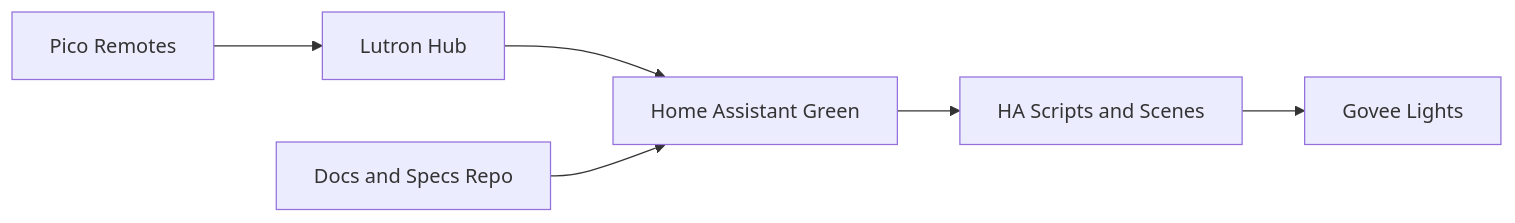
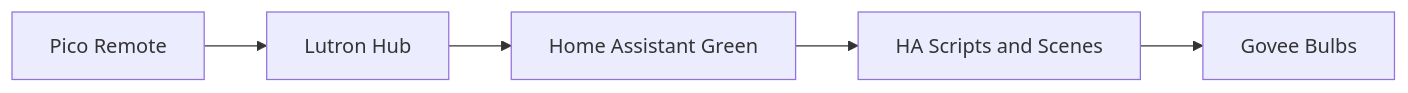
The diagram in docs/architecture.md (JoshAaronLevy/home-automation), drawn with Mermaid before and after one commit. The commit also changed other lines of this file and 15 other files, not shown here.

````diff
--- a/docs/architecture.md
+++ b/docs/architecture.md
@@ -7,15 +9,13 @@
 ```mermaid
 flowchart LR
-    Pico[Pico Remotes]
+    Pico[Pico Remote]
     Lutron[Lutron Hub]
     HA[Home Assistant Green]
     Scripts[HA Scripts and Scenes]
-    Govee[Govee Lights]
-    Docs[Docs and Specs Repo]
+    Govee[Govee Bulbs]
 
     Pico --> Lutron
     Lutron --> HA
-    Docs --> HA
     HA --> Scripts
     Scripts --> Govee
 ```
````
